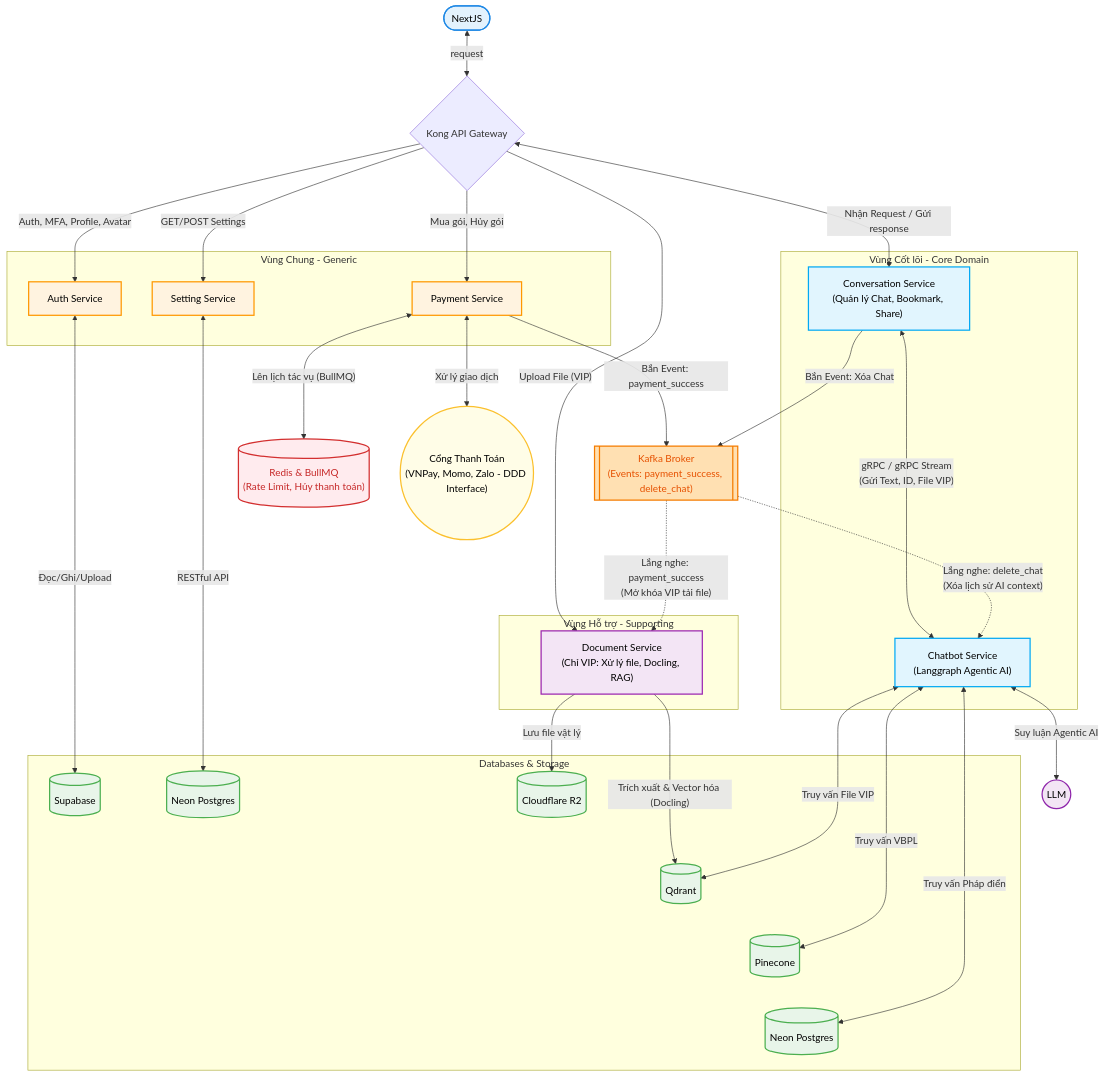
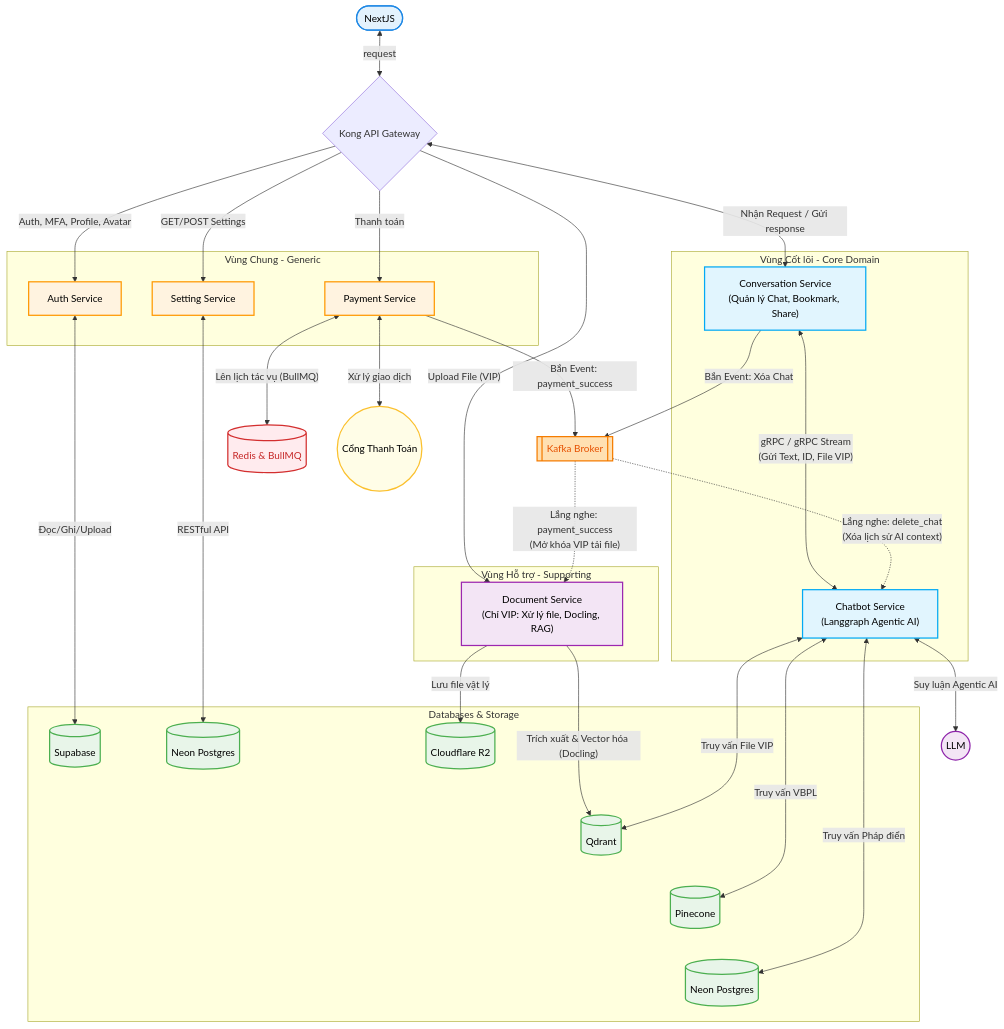
The diagram in docs/2. Công nghệ sử dụng/3.3. Chi tiết về các dịch vụ/0.mmd (20206205Tech/docs-markdown), drawn with Mermaid before and after one commit. The commit also changed 1 other file, not shown here.

```diff
--- a/docs/2. Công nghệ sử dụng/3.3. Chi tiết về các dịch vụ/0.mmd
+++ b/docs/2. Công nghệ sử dụng/3.3. Chi tiết về các dịch vụ/0.mmd
@@ -1,93 +1,93 @@
 flowchart TD
     Client(["NextJS"])
     Gateway{"Kong API Gateway"}
     Client <-->|"request"| Gateway
 
     %% Nhóm Database & Storage
     subgraph Databases [Databases & Storage]
         SupabaseDB[("Supabase")]
         NeonDB_Setting[("Neon Postgres")]
         Pinecone[("Pinecone")]
         Qdrant[("Qdrant")]
         NeonDB_Phapdien[("Neon Postgres")]
         R2[("Cloudflare R2")]
 
         %% Dùng liên kết vô hình để ép thứ tự từ trái sang phải
         R2 ~~~ Qdrant ~~~ Pinecone ~~~ NeonDB_Phapdien
     end
 
     %% Nhóm Message Broker & Cache
-        Kafka[["Kafka Broker\n(Events: payment_success, delete_chat)"]]
-        Redis[("Redis & BullMQ\n(Rate Limit, Hủy thanh toán)")]
+        Kafka[["Kafka Broker"]]
+        Redis[("Redis & BullMQ")]
 
     %% Nhóm Core Services (Vùng Cốt lõi)
     subgraph CoreDomain [Vùng Cốt lõi - Core Domain]
         ConvService["Conversation Service\n(Quản lý Chat, Bookmark, Share)"]
         ChatbotService["Chatbot Service\n(Langgraph Agentic AI)"]
     end
 
     %% Nhóm Supporting Services (Vùng Hỗ trợ)
     subgraph SupportDomain [Vùng Hỗ trợ - Supporting]
         DocService["Document Service\n(Chỉ VIP: Xử lý file, Docling, RAG)"]
     end
 
     %% Nhóm Generic Services (Vùng Chung)
     subgraph GenericDomain [Vùng Chung - Generic]
         AuthService["Auth Service"]
         SettingService["Setting Service"]
         PaymentSvc["Payment Service"]
     end
 
     %% External Systems
     LLM(("LLM"))
-    Payment(("Cổng Thanh Toán\n(VNPay, Momo, Zalo - DDD Interface)"))
+    Payment(("Cổng Thanh Toán"))
 
     Gateway -->|"Auth, MFA, Profile, Avatar"| AuthService
     Gateway -->|"GET/POST Settings"| SettingService
-    Gateway -->|"Mua gói, Hủy gói"| PaymentSvc
+    Gateway -->|"Thanh toán"| PaymentSvc
     Gateway -->|"Upload File (VIP)"| DocService
     Gateway <-->|"Nhận Request / Gửi response"| ConvService
 
     %% Service to Database/Storage
     AuthService <-->|"Đọc/Ghi/Upload"| SupabaseDB
     SettingService <-->|"RESTful API"| NeonDB_Setting
 
     %% Payment Luồng
     PaymentSvc <-->|"Xử lý giao dịch"| Payment
     PaymentSvc -->|"Bắn Event: payment_success"| Kafka
     PaymentSvc <-->|"Lên lịch tác vụ (BullMQ)"| Redis
 
     %% Document Processing Luồng
     DocService -->|"Lưu file vật lý"| R2
     DocService -->|"Trích xuất & Vector hóa (Docling)"| Qdrant
 
     %% Conversation & Chatbot Luồng (Quan trọng)
     ConvService <-->|"gRPC / gRPC Stream\n(Gửi Text, ID, File VIP)"| ChatbotService
     ConvService -->|"Bắn Event: Xóa Chat"| Kafka
 
     ChatbotService <-->|"Truy vấn VBPL"| Pinecone
     ChatbotService <-->|"Truy vấn Pháp điển"| NeonDB_Phapdien
     ChatbotService <-->|"Truy vấn File VIP"| Qdrant
     ChatbotService <-->|"Suy luận Agentic AI"| LLM
 
     %% --- LUỒNG CONSUMER NHẬN EVENT TỪ KAFKA ---
     Kafka -.->|"Lắng nghe: payment_success\n(Mở khóa VIP tải file)"| DocService
     Kafka -.->|"Lắng nghe: delete_chat\n(Xóa lịch sử AI context)"| ChatbotService
 
     %% Style Định dạng màu sắc chung
     classDef core fill:#e1f5fe,stroke:#03a9f4,stroke-width:2px,color:#000
     classDef support fill:#f3e5f5,stroke:#9c27b0,stroke-width:2px,color:#000
     classDef generic fill:#fff3e0,stroke:#ff9800,stroke-width:2px,color:#000
     classDef db fill:#e8f5e9,stroke:#4caf50,stroke-width:2px,color:#000
 
     class ConvService,ChatbotService core
     class DocService support
     class AuthService,SettingService,PaymentSvc generic
     class SupabaseDB,NeonDB_Setting,NeonDB_Phapdien,Pinecone,Qdrant,R2 db
 
     %% --- TÔ MÀU ĐỘC LẬP THEO YÊU CẦU ---
     style Redis fill:#ffebee,stroke:#d32f2f,stroke-width:2px,color:#c62828
     style Kafka fill:#ffe0b2,stroke:#f57c00,stroke-width:2px,color:#e65100
     style Payment fill:#fffde7,stroke:#fbc02d,stroke-width:2px,color:#000
     style Client fill:#e3f2fd,stroke:#1e88e5,stroke-width:2px,color:#000
     style LLM fill:#f3e5f5,stroke:#8e24aa,stroke-width:2px,color:#000
```
